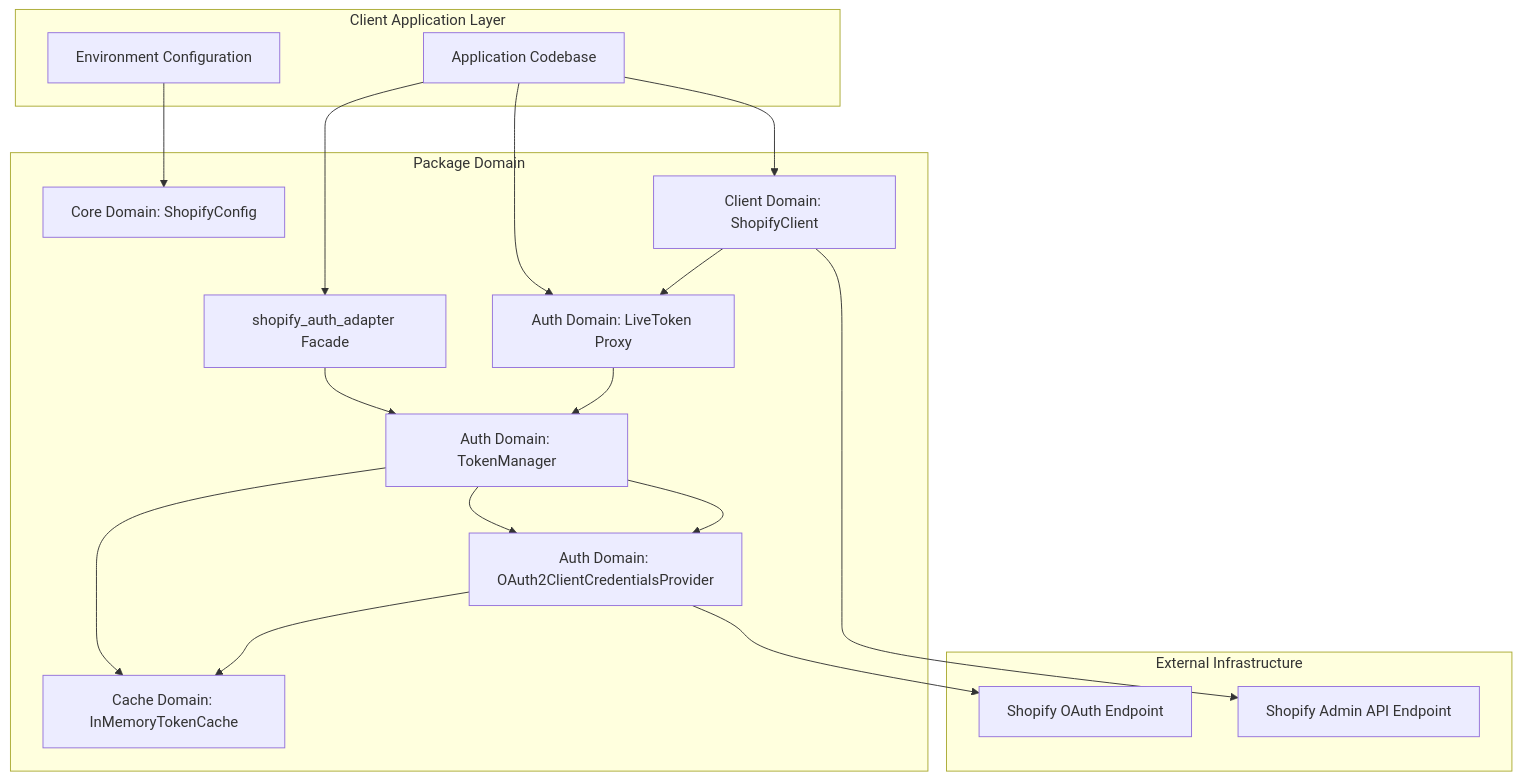
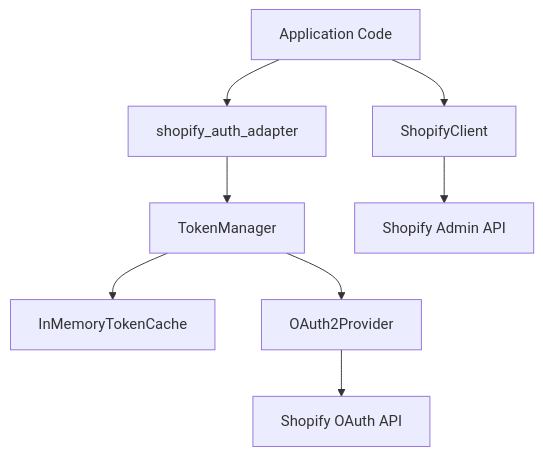
The diagram in README.md (AhmadHassan-BTed/ShopifyAutoAuth), drawn with Mermaid before and after one commit. The commit also changed other lines of this file, not shown here.

````diff
--- a/README.md
+++ b/README.md
@@ -46,38 +91,11 @@
 ```mermaid
 flowchart TD
-    subgraph Client Application Layer
-        App[Application Codebase]
-        Env[Environment Configuration]
-    end
+    App[Application Code] --> Facade[shopify_auth_adapter]
+    Facade --> Manager[TokenManager]
+    Manager --> Cache[InMemoryTokenCache]
+    Manager --> Provider[OAuth2Provider]
+    Provider --> ShopifyAuth[Shopify OAuth API]
 
-    subgraph Package Domain
-        Facade[shopify_auth_adapter Facade]
-        Config[Core Domain: ShopifyConfig]
-        Proxy[Auth Domain: LiveToken Proxy]
-        Manager[Auth Domain: TokenManager]
-        Cache[Cache Domain: InMemoryTokenCache]
-        Provider[Auth Domain: OAuth2ClientCredentialsProvider]
-        Client[Client Domain: ShopifyClient]
-    end
-
-    subgraph External Infrastructure
-        ShopifyAuth[Shopify OAuth Endpoint]
-        ShopifyAPI[Shopify Admin API Endpoint]
-    end
-
-    Env --> Config
-    App --> Facade
-    Facade --> Manager
-    Manager --> Provider
-    
-    App --> Proxy
-    Proxy --> Manager
-    Manager --> Cache
-    Manager --> Provider
-    Provider --> ShopifyAuth
-    Provider --> Cache
-
-    App --> Client
-    Client --> Proxy
-    Client --> ShopifyAPI
+    App --> Client[ShopifyClient]
+    Client --> ShopifyAPI[Shopify Admin API]
 ```
````
